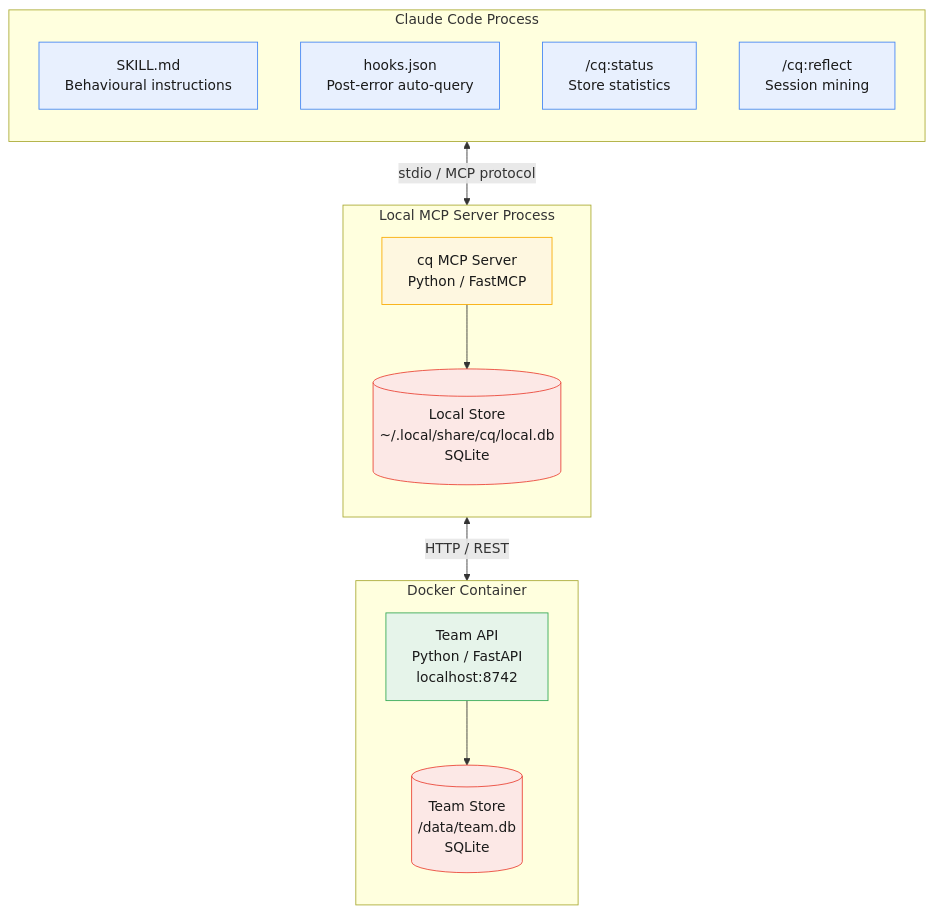
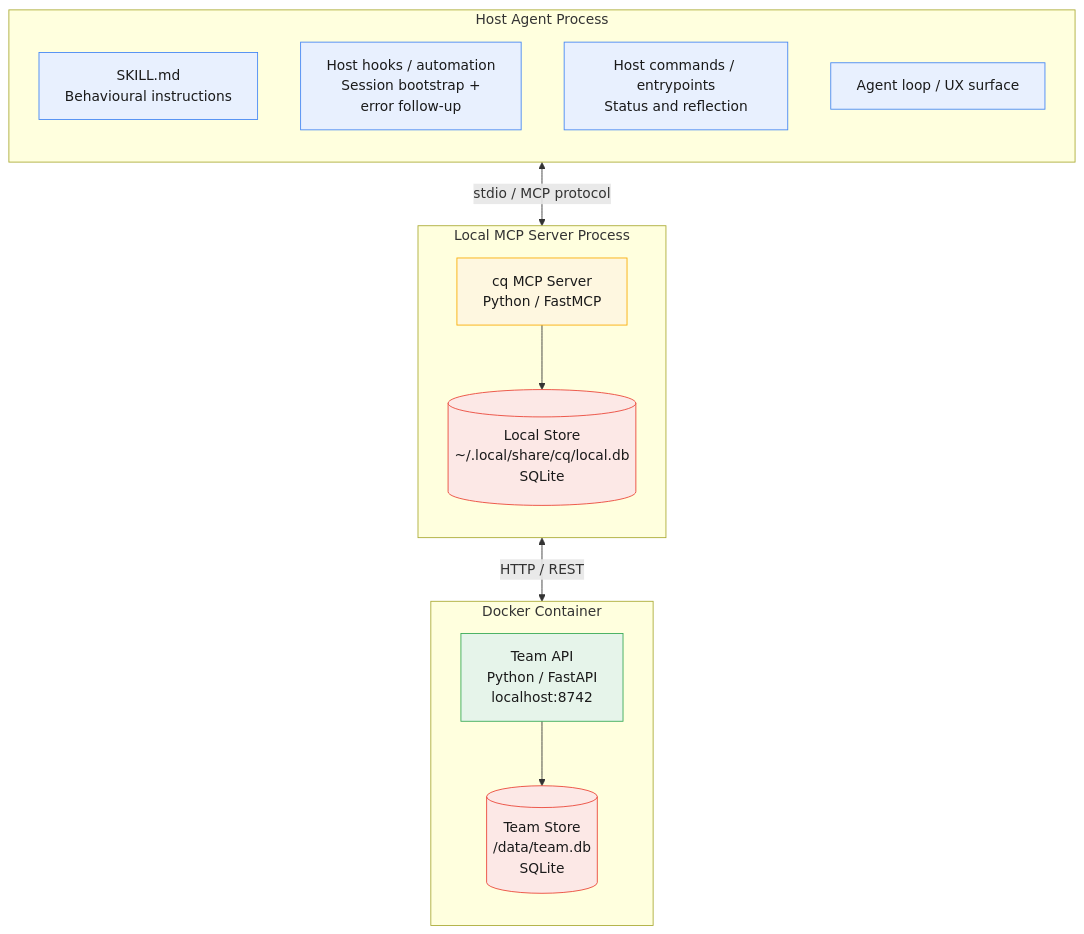
One commit to mozilla-ai/cq changed the first of 8 diagrams in docs/architecture.md. Above: the diagram before and after it, drawn with Mermaid. The commit also changed other lines of this file, not shown here.

First line of the commit message:
docs: make architecture host-agnostic

````diff
--- a/docs/architecture.md
+++ b/docs/architecture.md
@@ -11,37 +11,37 @@
 ```mermaid
 flowchart TB
-    subgraph cc["Claude Code Process"]
+    subgraph cc["Host Agent Process"]
         direction TB
         skill["SKILL.md\nBehavioural instructions"]
-        hook["hooks.json\nPost-error auto-query"]
-        cmd_status["/cq:status\nStore statistics"]
-        cmd_reflect["/cq:reflect\nSession mining"]
+        hook["Host hooks / automation\nSession bootstrap +\nerror follow-up"]
+        cmd_status["Host commands / entrypoints\nStatus and reflection"]
+        cmd_reflect["Agent loop / UX surface"]
     end
 
     subgraph mcp["Local MCP Server Process"]
         direction TB
         server["cq MCP Server\nPython / FastMCP"]
         local_db[("Local Store\n~/.local/share/cq/local.db\nSQLite")]
         server --> local_db
     end
 
     subgraph docker["Docker Container"]
         direction TB
         api["Team API\nPython / FastAPI\nlocalhost:8742"]
         team_db[("Team Store\n/data/team.db\nSQLite")]
         api --> team_db
     end
 
     cc <-->|"stdio / MCP protocol"| mcp
     mcp <-->|"HTTP / REST"| docker
 
     classDef ccStyle fill:#e8f0fe,stroke:#4285f4,color:#1a1a1a
     classDef mcpStyle fill:#fef7e0,stroke:#f9ab00,color:#1a1a1a
     classDef dockerStyle fill:#e6f4ea,stroke:#34a853,color:#1a1a1a
     classDef dbStyle fill:#fce8e6,stroke:#ea4335,color:#1a1a1a
 
     class skill,hook,cmd_status,cmd_reflect ccStyle
     class server mcpStyle
     class api dockerStyle
     class local_db,team_db dbStyle
 ```
````
